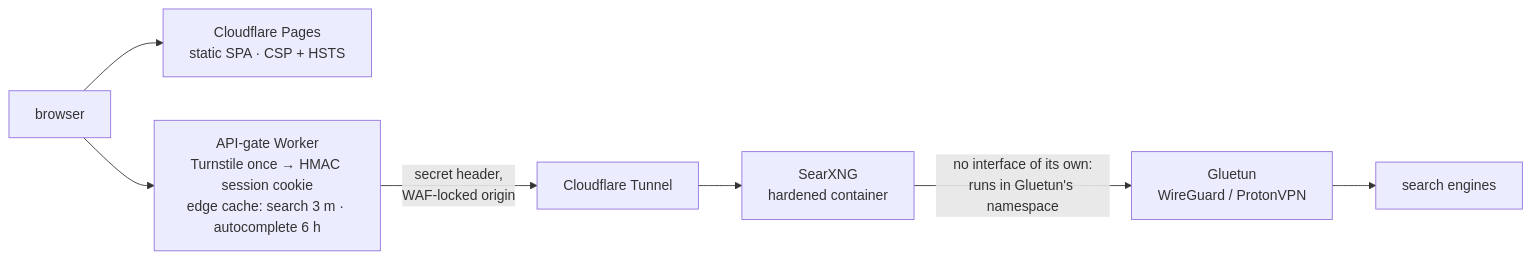
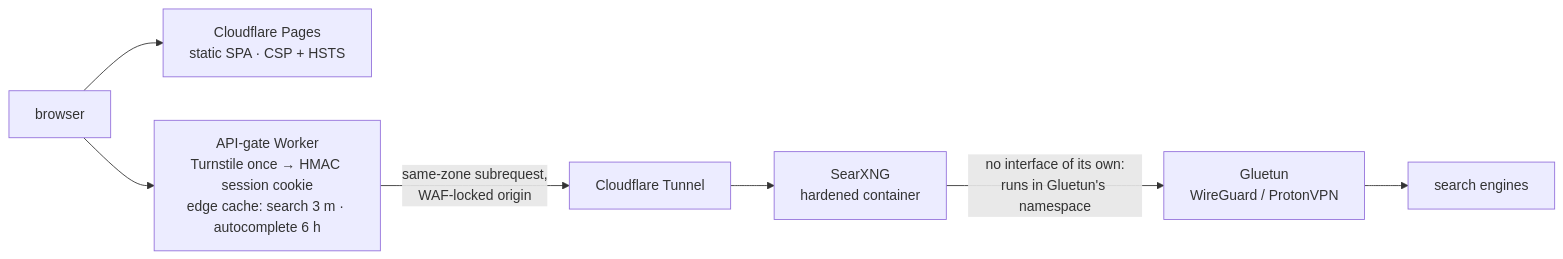
Before and after one commit to askalf/amnesia: the diagram in docs/architecture.md, drawn with Mermaid. The commit also changed other lines of this file and 33 other files, not shown here.

````diff
--- a/docs/architecture.md
+++ b/docs/architecture.md
@@ -7,9 +7,9 @@
 ```mermaid
 flowchart LR
     B["browser"] --> P["Cloudflare Pages<br/>static SPA · CSP + HSTS"]
     B --> W["API-gate Worker<br/>Turnstile once → HMAC session cookie<br/>edge cache: search 3 m · autocomplete 6 h"]
-    W -->|"secret header,<br/>WAF-locked origin"| T["Cloudflare Tunnel"]
+    W -->|"same-zone subrequest,<br/>WAF-locked origin"| T["Cloudflare Tunnel"]
     T --> S["SearXNG<br/>hardened container"]
     S -->|"no interface of its own:<br/>runs in Gluetun's namespace"| V["Gluetun<br/>WireGuard / ProtonVPN"]
     V --> E["search engines"]
 ```
````
